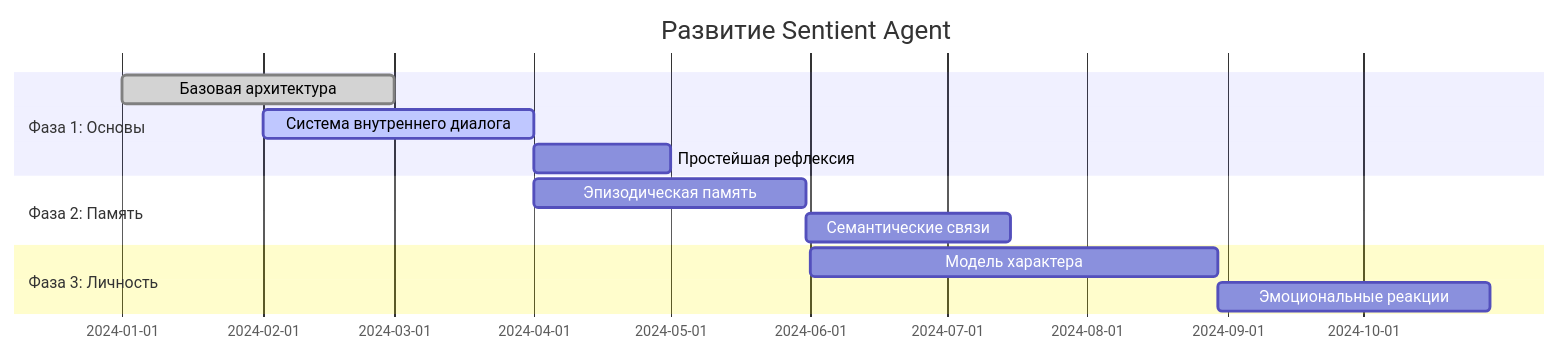
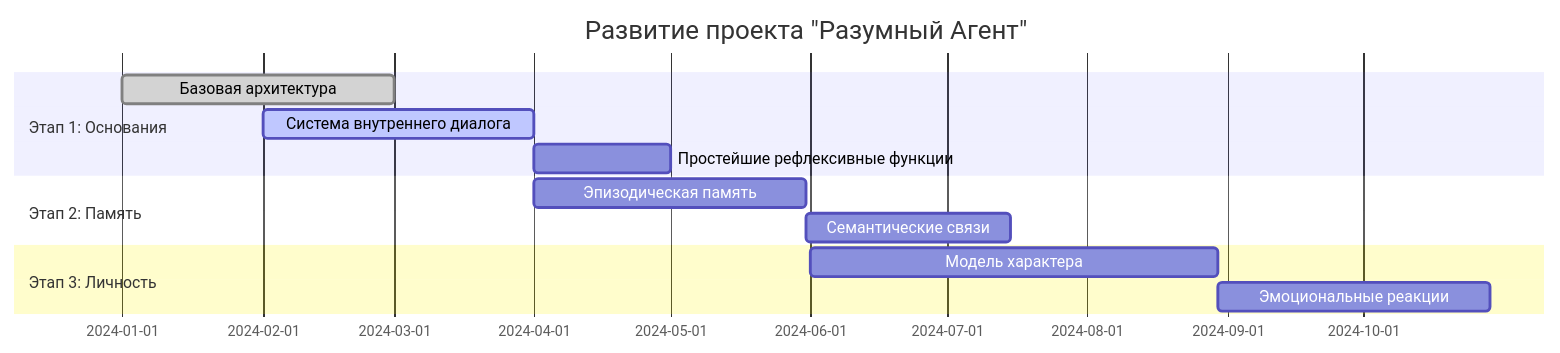
One commit to ivan-meer/sentiment-agent-exp changed the second of 2 diagrams in README.ru.md. Above: the diagram before and after it, drawn with Mermaid. The commit also changed other lines of this file and 10 other files, not shown here.

````diff
--- a/README.ru.md
+++ b/README.ru.md
@@ -242,15 +306,15 @@
 ```mermaid
 gantt
-    title Развитие Sentient Agent
+    title Развитие проекта "Разумный Агент"
     dateFormat  YYYY-MM-DD
-    section Фаза 1: Основы
-    Базовая архитектура    :done, des1, 2024-01-01, 2024-03-01
-    Система внутреннего диалога :active, des2, 2024-02-01, 2024-04-01
-    Простейшая рефлексия   :des3, after des2, 30d
-    section Фаза 2: Память
-    Эпизодическая память   :des4, 2024-04-01, 60d
-    Семантические связи   :des5, after des4, 45d
-    section Фаза 3: Личность
-    Модель характера      :des6, 2024-06-01, 90d
-    Эмоциональные реакции :des7, after des6, 60d
+    section Этап 1: Основания
+    Базовая архитектура          :done, des1, 2024-01-01, 2024-03-01
+    Система внутреннего диалога  :active, des2, 2024-02-01, 2024-04-01
+    Простейшие рефлексивные функции :des3, after des2, 30d
+    section Этап 2: Память
+    Эпизодическая память         :des4, 2024-04-01, 60d
+    Семантические связи         :des5, after des4, 45d
+    section Этап 3: Личность
+    Модель характера            :des6, 2024-06-01, 90d
+    Эмоциональные реакции       :des7, after des6, 60d
 ```
````
